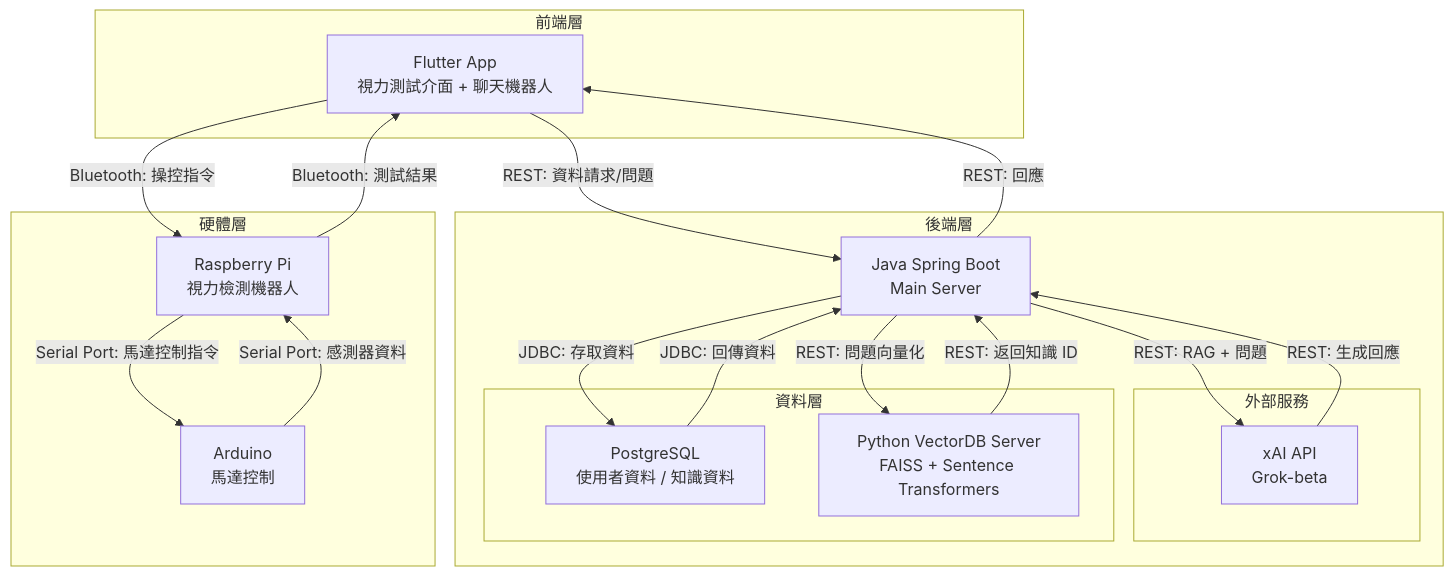
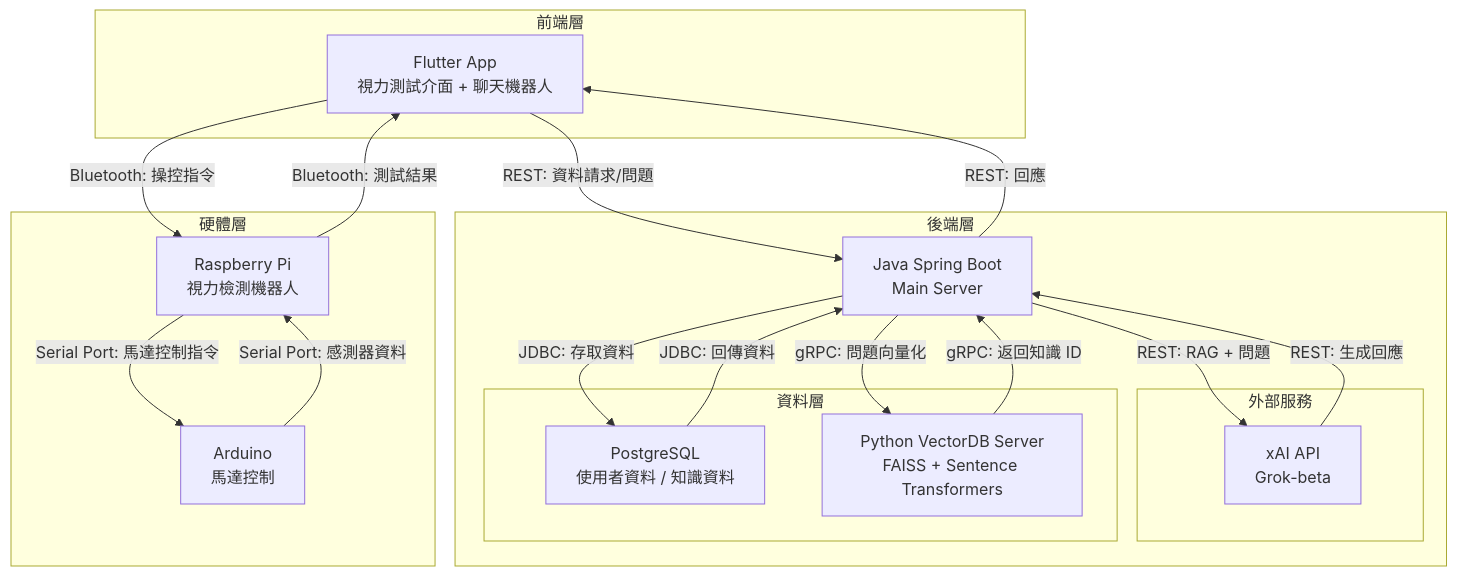
One commit to sunnyshoun/2025-NCKU-Medical-System-Project changed the diagram in README.md. Above: the diagram before and after it, drawn with Mermaid. The commit also changed other lines of this file, not shown here.

````diff
--- a/README.md
+++ b/README.md
@@ -17,39 +17,39 @@
 ```mermaid
 graph TD
     %% 前端層
     subgraph Frontend [前端層]
         A[Flutter App<br>視力測試介面 + 聊天機器人]
     end
 
     %% 後端層
     subgraph Backend [後端層]
         B[Java Spring Boot<br>Main Server]
         subgraph External [外部服務]
             E[xAI API<br>Grok-beta]
         end
         subgraph Data [資料層]
             C[PostgreSQL<br>使用者資料 / 知識資料]
             D[Python VectorDB Server<br>FAISS + Sentence Transformers]
         end
     end
 
     %% 硬體層
     subgraph Hardware [硬體層]
         F[Raspberry Pi<br>視力檢測機器人]
         G[Arduino<br>馬達控制]
     end
 
     %% 資料流
     A -->|Bluetooth: 操控指令| F
     F -->|Bluetooth: 測試結果| A
     A -->|REST: 資料請求/問題| B
     B -->|JDBC: 存取資料| C
     C -->|JDBC: 回傳資料| B
-    B -->|REST: 問題向量化| D
-    D -->|REST: 返回知識 ID| B
+    B -->|gRPC: 問題向量化| D
+    D -->|gRPC: 返回知識 ID| B
     B -->|REST: RAG + 問題| E
     E -->|REST: 生成回應| B
     B -->|REST: 回應| A
     F -->|Serial Port: 馬達控制指令| G
     G -->|Serial Port: 感測器資料| F
 ```
````
